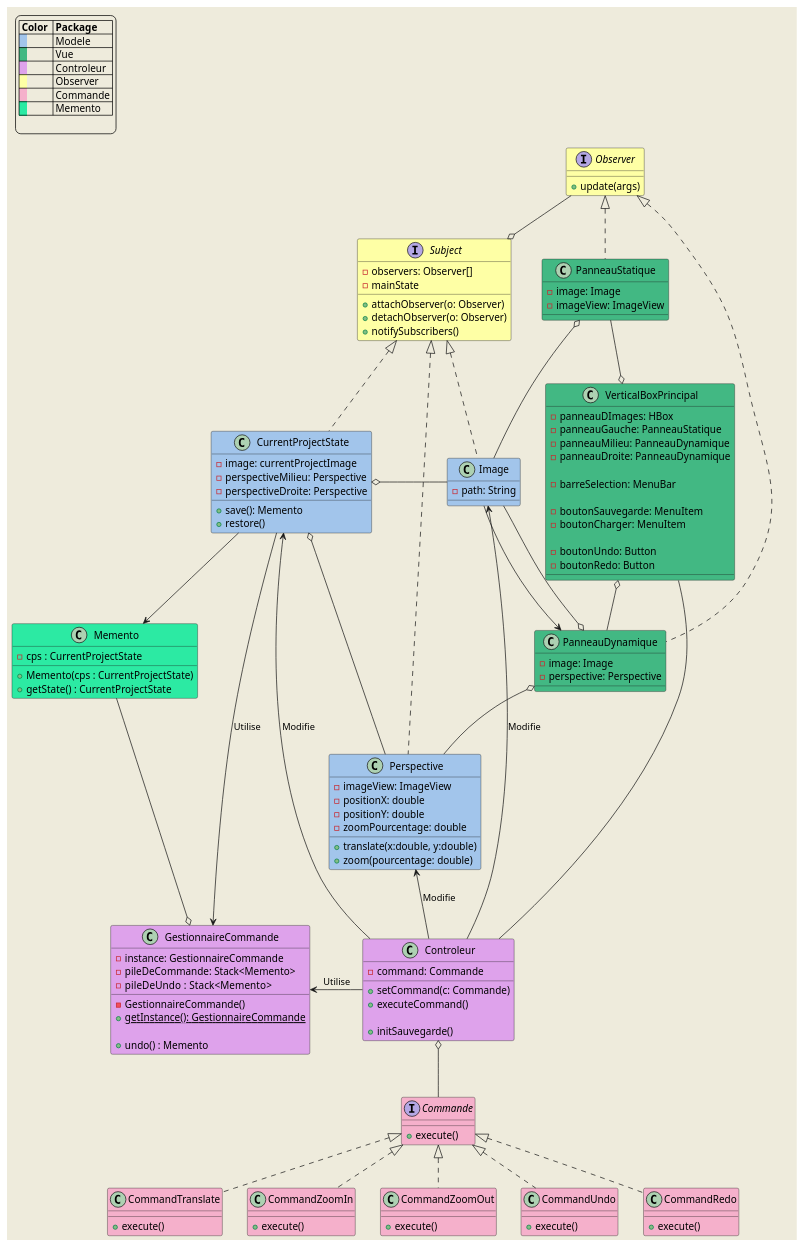
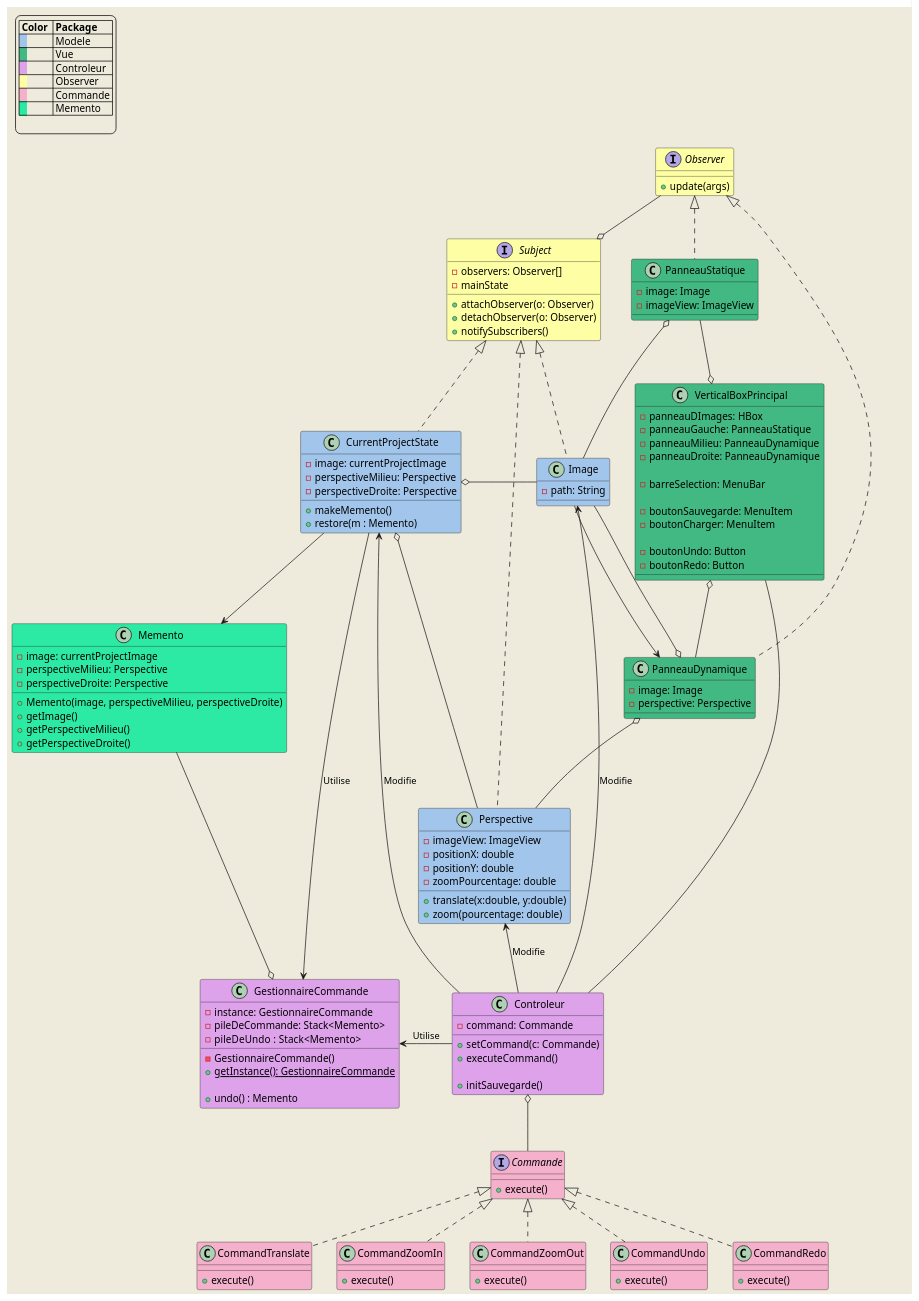
The diagram in src/diagrammes/diagramme_de_classe_global.puml (VelaSam/PerspectivePro), drawn with PlantUML before and after one commit. The commit also changed 1 other file, not shown here.

Commit message:
Changements memento

```diff
--- a/src/diagrammes/diagramme_de_classe_global.puml
+++ b/src/diagrammes/diagramme_de_classe_global.puml
@@ -94,10 +94,16 @@
         '{static}+PERSPECTIVE_CENTRE
         '{static}+PERSPECTIVE_DROITE
 
-        -cps : CurrentProjectState
+        -image: currentProjectImage
+        -perspectiveMilieu: Perspective
+        -perspectiveDroite: Perspective
 
-        +Memento(cps : CurrentProjectState)
-        +getState() : CurrentProjectState
+        'Constructeur'
+        +Memento(image, perspectiveMilieu, perspectiveDroite)
+        'Getters du memento'
+        +getImage()
+        +getPerspectiveMilieu()
+        +getPerspectiveDroite()
     }
 
 
@@ -111,8 +117,8 @@
         -perspectiveMilieu: Perspective
         -perspectiveDroite: Perspective
 
-        +save(): Memento
-        +restore()
+        +makeMemento()
+        +restore(m : Memento)
         'restore() vas appeler undo() Gestionnaire Commande
     }
 
```
